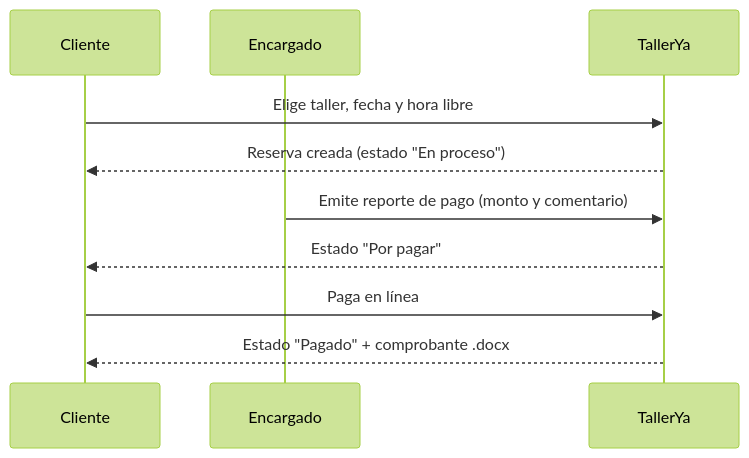
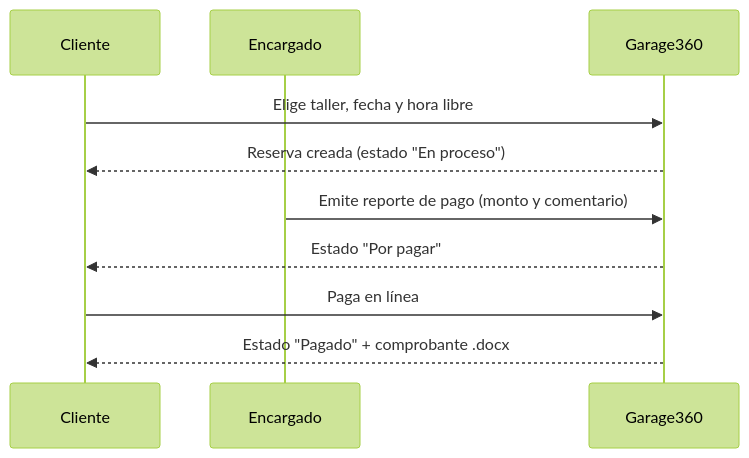
One commit to nibrill/garage360 changed the second of 2 diagrams in docs/ARCHITECTURE.md. Above: the diagram before and after it, drawn with Mermaid (forest theme). The commit also changed other lines of this file and 22 other files, not shown here.

````diff
--- a/docs/ARCHITECTURE.md
+++ b/docs/ARCHITECTURE.md
@@ -56,12 +56,12 @@
 ```mermaid
 sequenceDiagram
     participant C as Cliente
     participant T as Encargado
-    participant S as TallerYa
+    participant S as Garage360
     C->>S: Elige taller, fecha y hora libre
     S-->>C: Reserva creada (estado "En proceso")
     T->>S: Emite reporte de pago (monto y comentario)
     S-->>C: Estado "Por pagar"
     C->>S: Paga en línea
     S-->>C: Estado "Pagado" + comprobante .docx
 ```
````
